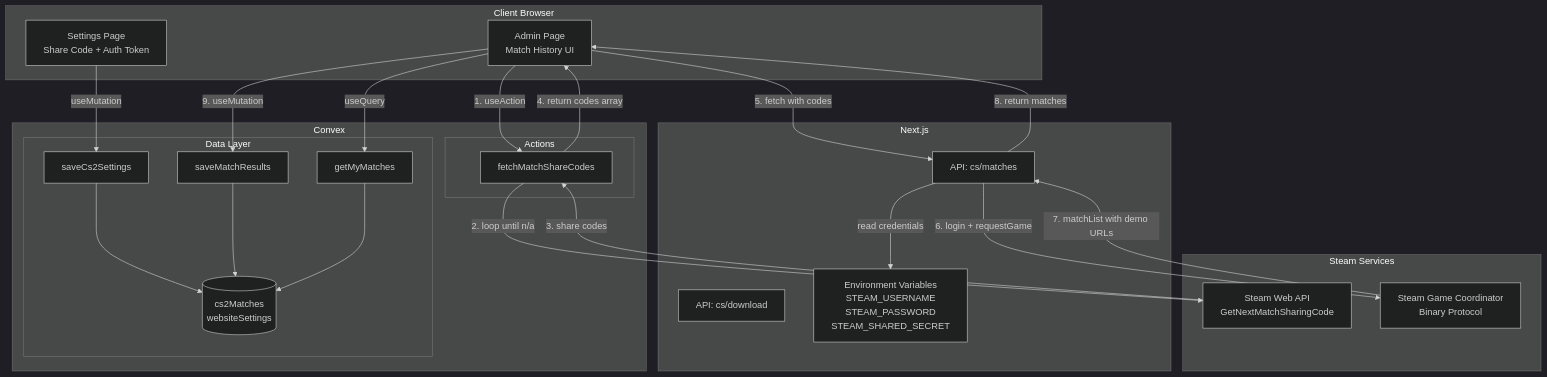
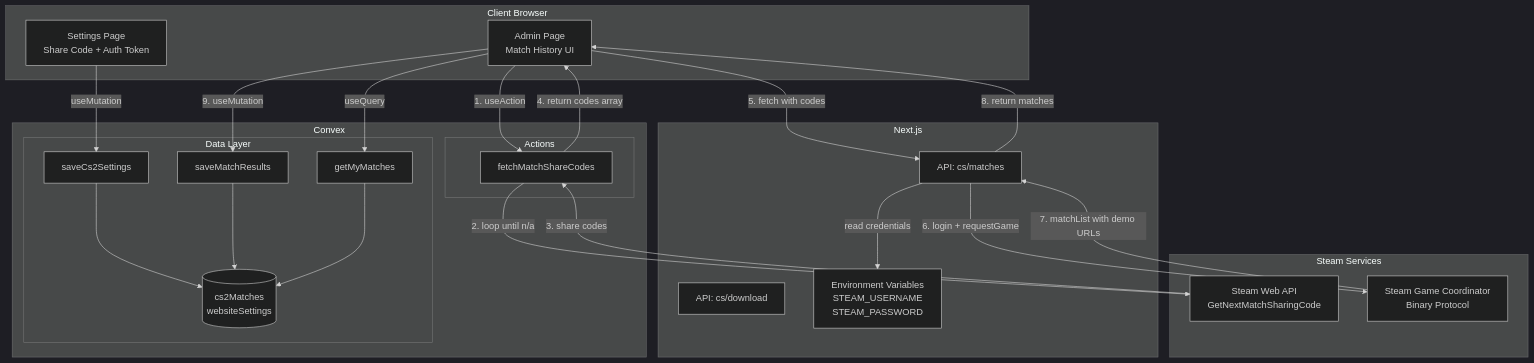
One commit to CarlosBueno99/bueno changed the third of 25 diagrams in README.md. Above: the diagram before and after it, drawn with Mermaid (dark theme). The commit also changed other lines of this file and 4 other files, not shown here.

````diff
--- a/README.md
+++ b/README.md
@@ -195,50 +195,50 @@
 ```mermaid
 flowchart TB
     subgraph client [Client Browser]
         AdminUI[Admin Page<br/>Match History UI]
         SettingsUI[Settings Page<br/>Share Code + Auth Token]
     end
 
     subgraph nextjs [Next.js]
         DownloadAPI[API: cs/download]
         MatchesAPI[API: cs/matches]
-        EnvVars[Environment Variables<br/>STEAM_USERNAME<br/>STEAM_PASSWORD<br/>STEAM_SHARED_SECRET]
+        EnvVars[Environment Variables<br/>STEAM_USERNAME<br/>STEAM_PASSWORD]
     end
 
     subgraph convex [Convex]
         subgraph actions [Actions]
             FetchCodes[fetchMatchShareCodes]
         end
         subgraph data [Data Layer]
             SaveMatches[saveMatchResults]
             GetMatches[getMyMatches]
             SaveSettings[saveCs2Settings]
             CS2DB[(cs2Matches<br/>websiteSettings)]
         end
     end
 
     subgraph steam [Steam Services]
         WebAPI[Steam Web API<br/>GetNextMatchSharingCode]
         GC[Steam Game Coordinator<br/>Binary Protocol]
     end
 
     SettingsUI -->|useMutation| SaveSettings
     SaveSettings --> CS2DB
 
     AdminUI -->|1. useAction| FetchCodes
     FetchCodes -->|2. loop until n/a| WebAPI
     WebAPI -->|3. share codes| FetchCodes
     FetchCodes -->|4. return codes array| AdminUI
 
     AdminUI -->|5. fetch with codes| MatchesAPI
     MatchesAPI -->|read credentials| EnvVars
     MatchesAPI -->|6. login + requestGame| GC
     GC -->|7. matchList with demo URLs| MatchesAPI
     MatchesAPI -->|8. return matches| AdminUI
 
     AdminUI -->|9. useMutation| SaveMatches
     SaveMatches --> CS2DB
 
     AdminUI -->|useQuery| GetMatches
     GetMatches --> CS2DB
 ```
````
